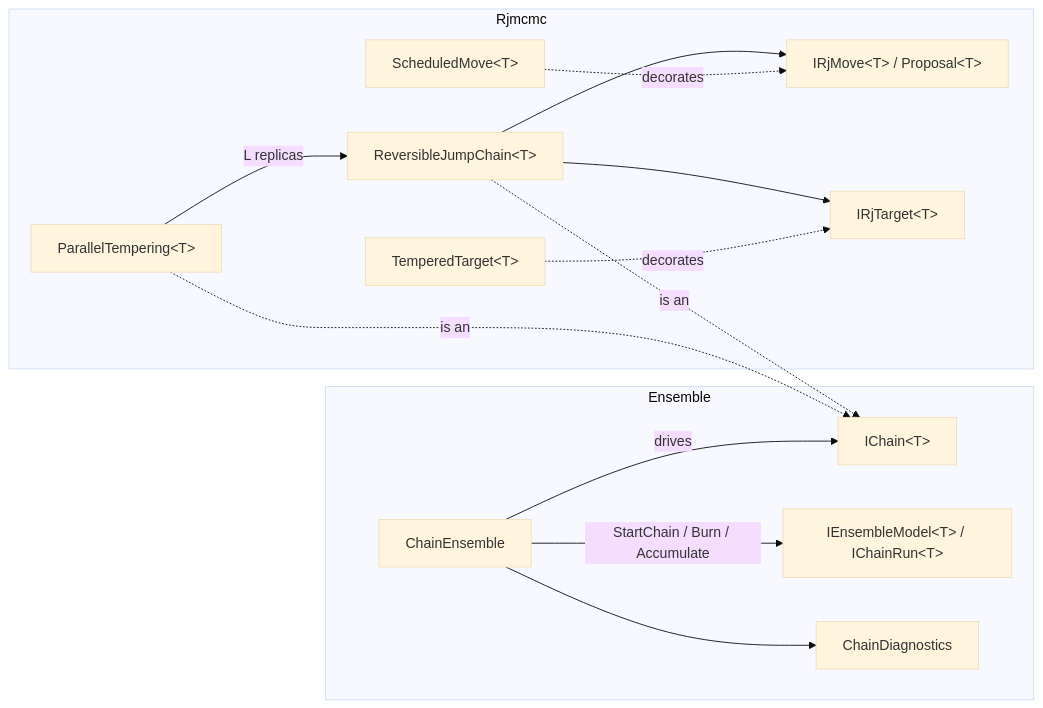
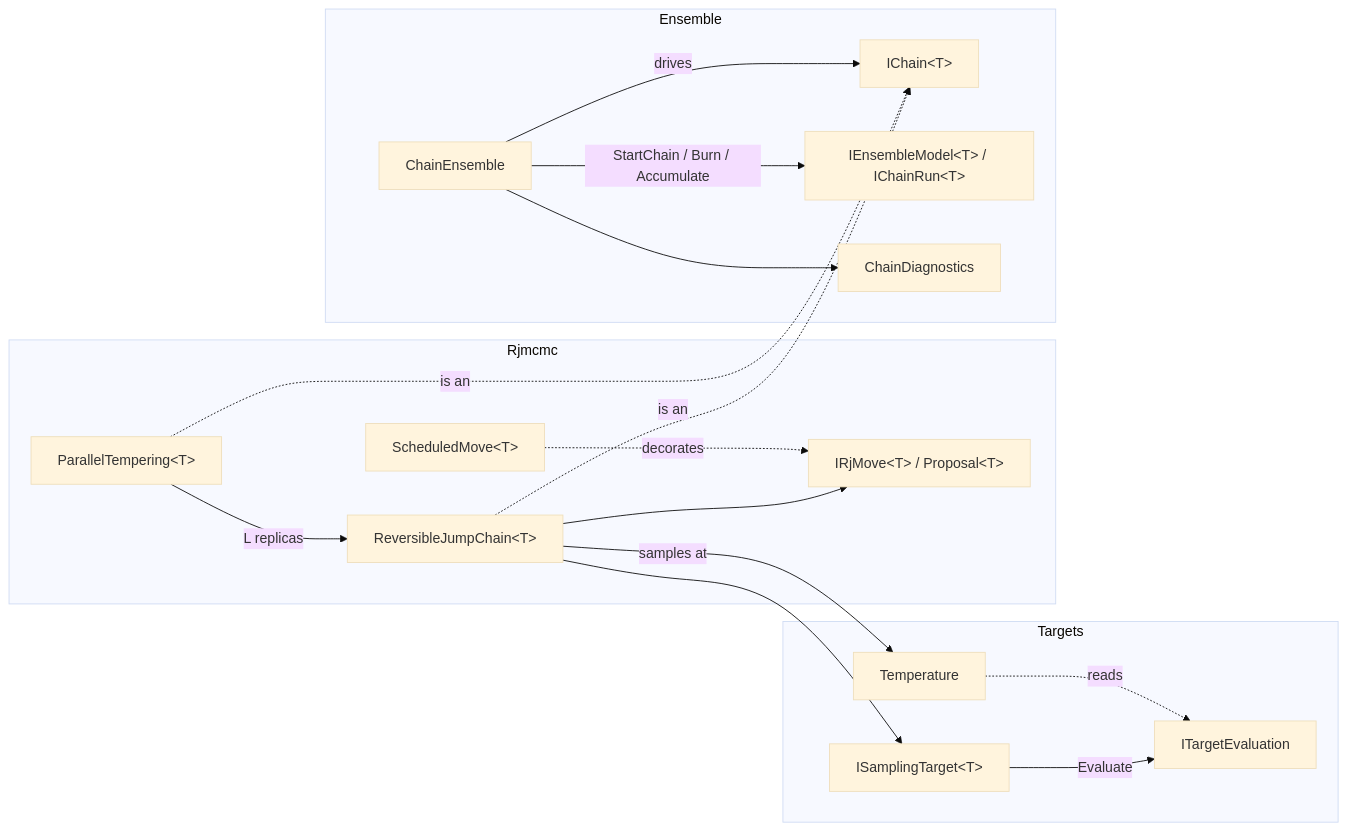
One commit to aghado01/ThermoMapper changed the diagram in docs/Maths/Samplers.md. Above: the diagram before and after it, drawn with Mermaid (base theme). The commit also changed other lines of this file and 2 other files, not shown here.

First line of the commit message:
docs(samplers): the neutral target contract and the tempered marginal

````diff
--- a/docs/Maths/Samplers.md
+++ b/docs/Maths/Samplers.md
@@ -13,17 +13,21 @@
 ```mermaid
 flowchart LR
+  subgraph Targets
+    TG["ISamplingTarget&lt;T&gt;"] -->|Evaluate| EV["ITargetEvaluation"]
+    TT["Temperature"] -.reads.-> EV
+  end
   subgraph Rjmcmc
     RJ["ReversibleJumpChain&lt;T&gt;"] --> MV["IRjMove&lt;T&gt; / Proposal&lt;T&gt;"]
-    RJ --> TG["IRjTarget&lt;T&gt;"]
     SM["ScheduledMove&lt;T&gt;"] -.decorates.-> MV
-    TT["TemperedTarget&lt;T&gt;"] -.decorates.-> TG
     PT["ParallelTempering&lt;T&gt;"] -->|L replicas| RJ
   end
+  RJ --> TG
+  RJ -->|samples at| TT
   subgraph Ensemble
     CE[ChainEnsemble] -->|drives| IC["IChain&lt;T&gt;"]
     CE -->|StartChain / Burn / Accumulate| EM["IEnsembleModel&lt;T&gt; / IChainRun&lt;T&gt;"]
     CE --> CD[ChainDiagnostics]
   end
   RJ -.is an.-> IC
   PT -.is an.-> IC
 ```
````
